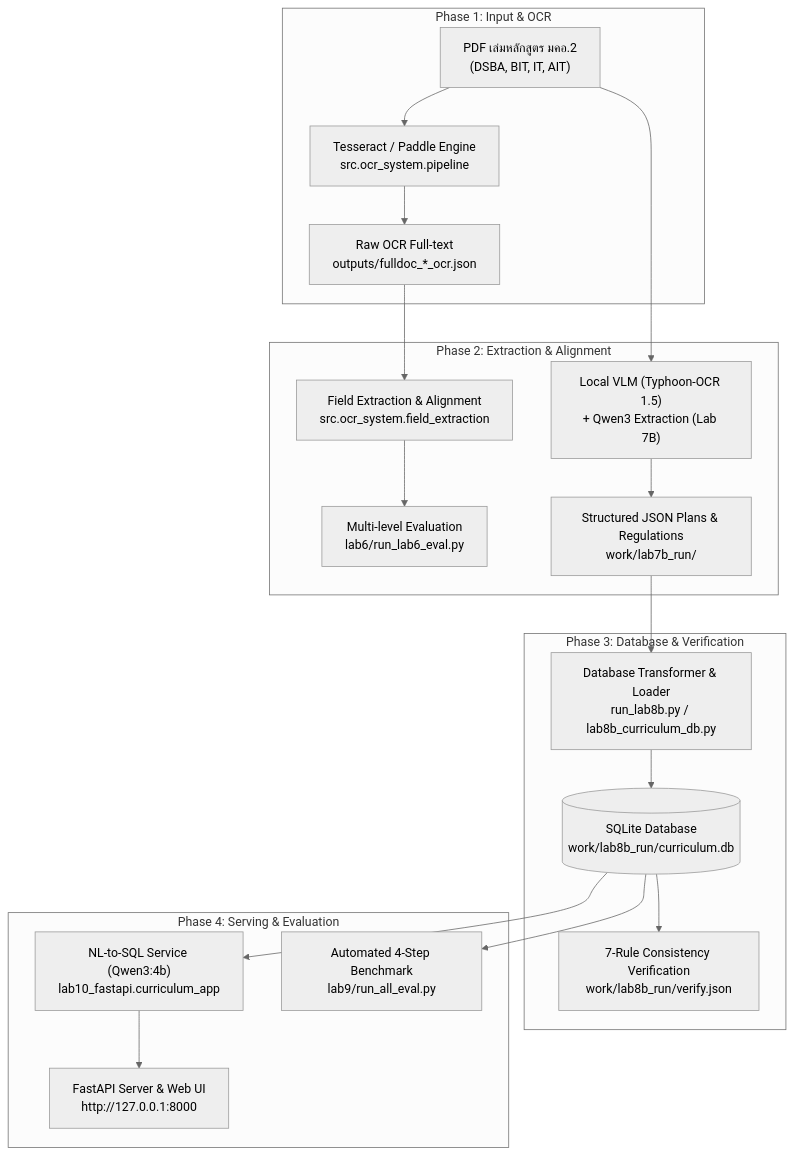
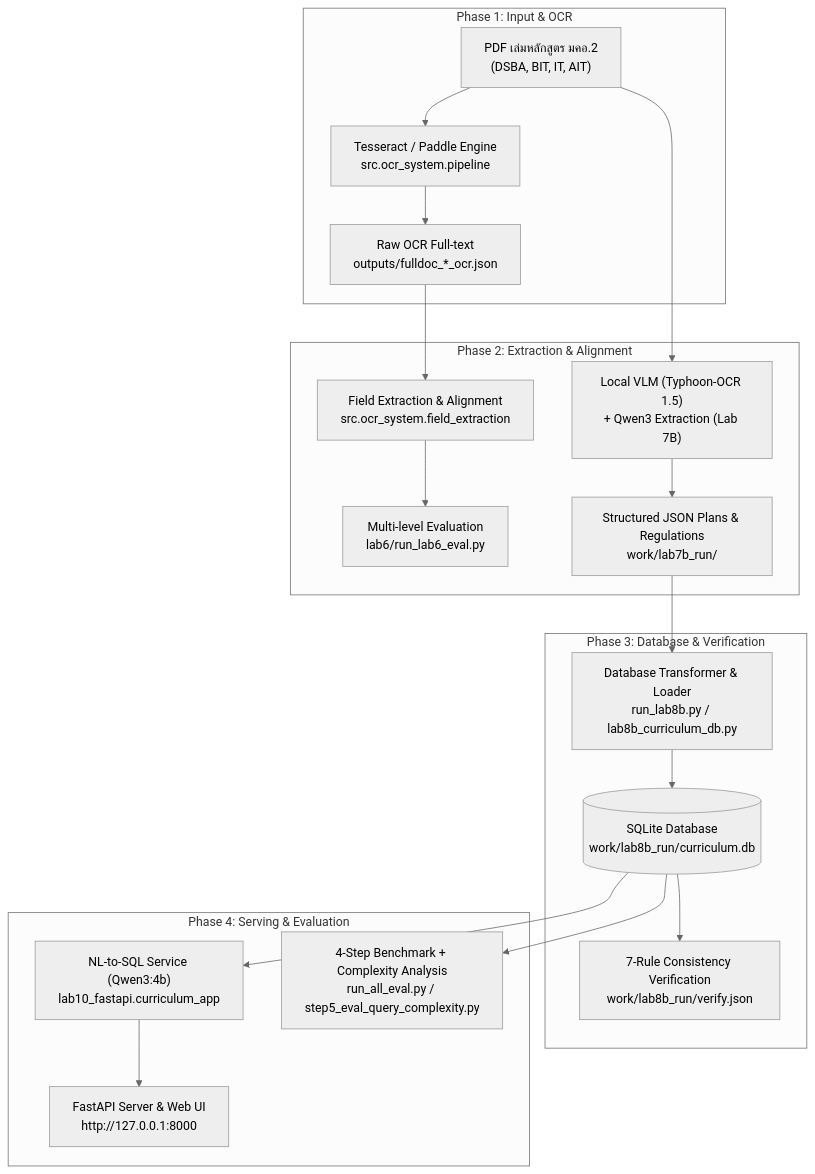
The first of 2 diagrams in pipeline_guide_and_presentation_script.md (dewy-cloud/isd-2026-luksuitpiti-10), drawn with Mermaid (neutral theme) before and after one commit. The commit also changed other lines of this file and 6 other files, not shown here.

First line of the commit message:
docs: align NL2SQL docs with the shared prompt, new metrics and citation flow

````diff
--- a/pipeline_guide_and_presentation_script.md
+++ b/pipeline_guide_and_presentation_script.md
@@ -25,26 +25,26 @@
 ```mermaid
 flowchart TD
     subgraph S1["Phase 1: Input & OCR"]
         P1["PDF เล่มหลักสูตร มคอ.2<br/>(DSBA, BIT, IT, AIT)"] --> O1["Tesseract / Paddle Engine<br/>src.ocr_system.pipeline"]
         O1 --> O2["Raw OCR Full-text<br/>outputs/fulldoc_*_ocr.json"]
     end
 
     subgraph S2["Phase 2: Extraction & Alignment"]
         O2 --> E1["Field Extraction & Alignment<br/>src.ocr_system.field_extraction"]
         E1 --> E2["Multi-level Evaluation<br/>lab6/run_lab6_eval.py"]
         P1 --> E3["Local VLM (Typhoon-OCR 1.5)<br/>+ Qwen3 Extraction (Lab 7B)"]
         E3 --> E4["Structured JSON Plans & Regulations<br/>work/lab7b_run/"]
     end
 
     subgraph S3["Phase 3: Database & Verification"]
         E4 --> D1["Database Transformer & Loader<br/>run_lab8b.py / lab8b_curriculum_db.py"]
         D1 --> D2[("SQLite Database<br/>work/lab8b_run/curriculum.db")]
         D2 --> D3["7-Rule Consistency Verification<br/>work/lab8b_run/verify.json"]
     end
 
     subgraph S4["Phase 4: Serving & Evaluation"]
         D2 --> Q1["NL-to-SQL Service (Qwen3:4b)<br/>lab10_fastapi.curriculum_app"]
         Q1 --> Q2["FastAPI Server & Web UI<br/>http://127.0.0.1:8000"]
-        D2 --> B1["Automated 4-Step Benchmark<br/>lab9/run_all_eval.py"]
+        D2 --> B1["4-Step Benchmark + Complexity Analysis<br/>run_all_eval.py / step5_eval_query_complexity.py"]
     end
 ```
````
